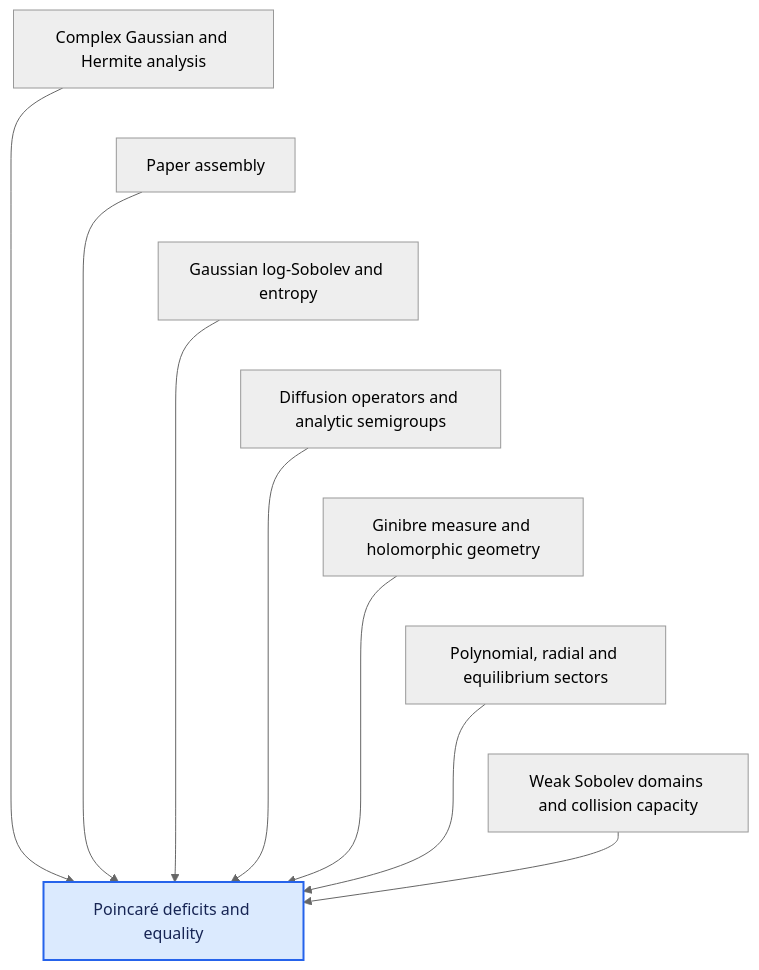
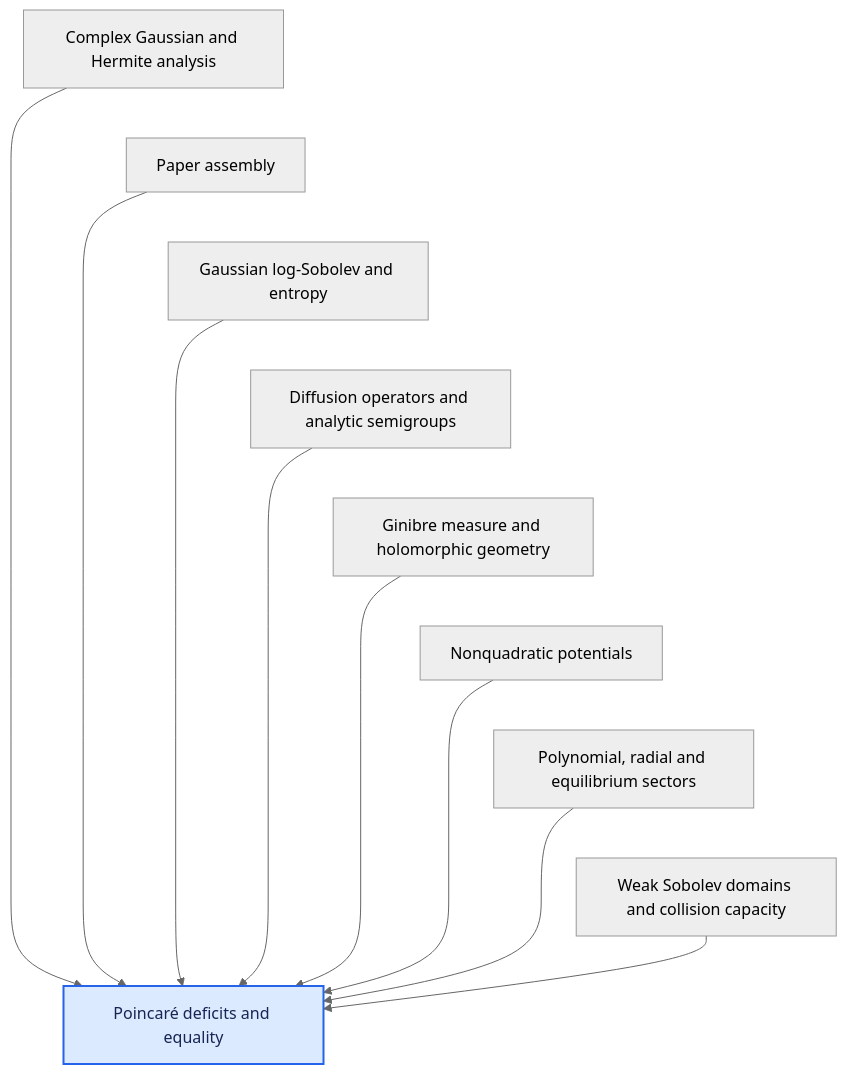
The fifth of 12 diagrams in DEPENDENCIES.md (djalilchafai/ginibre-poincare), drawn with Mermaid (neutral theme) before and after one commit. The commit also changed 66 other files, not shown here.

````diff
--- a/DEPENDENCIES.md
+++ b/DEPENDENCIES.md
@@ -128,18 +128,20 @@
 ```mermaid
 flowchart TB
   ComplexGaussianHermite["Complex Gaussian and Hermite analysis"] --> DeficitsEquality["Poincaré deficits and equality"]
   Endgame["Paper assembly"] --> DeficitsEquality["Poincaré deficits and equality"]
   GaussianLSI["Gaussian log-Sobolev and entropy"] --> DeficitsEquality["Poincaré deficits and equality"]
   GeneratorSemigroup["Diffusion operators and analytic semigroups"] --> DeficitsEquality["Poincaré deficits and equality"]
   GinibreMeasureGeometry["Ginibre measure and holomorphic geometry"] --> DeficitsEquality["Poincaré deficits and equality"]
+  NonQuadratic["Nonquadratic potentials"] --> DeficitsEquality["Poincaré deficits and equality"]
   PolynomialRadial["Polynomial, radial and equilibrium sectors"] --> DeficitsEquality["Poincaré deficits and equality"]
   WeakSobolev["Weak Sobolev domains and collision capacity"] --> DeficitsEquality["Poincaré deficits and equality"]
   ComplexGaussianHermite ~~~ Endgame
   Endgame ~~~ GaussianLSI
   GaussianLSI ~~~ GeneratorSemigroup
   GeneratorSemigroup ~~~ GinibreMeasureGeometry
-  GinibreMeasureGeometry ~~~ PolynomialRadial
+  GinibreMeasureGeometry ~~~ NonQuadratic
+  NonQuadratic ~~~ PolynomialRadial
   PolynomialRadial ~~~ WeakSobolev
   classDef target fill:#dbeafe,stroke:#2563eb,stroke-width:2px,color:#172554;
   class DeficitsEquality target;
 ```
````
